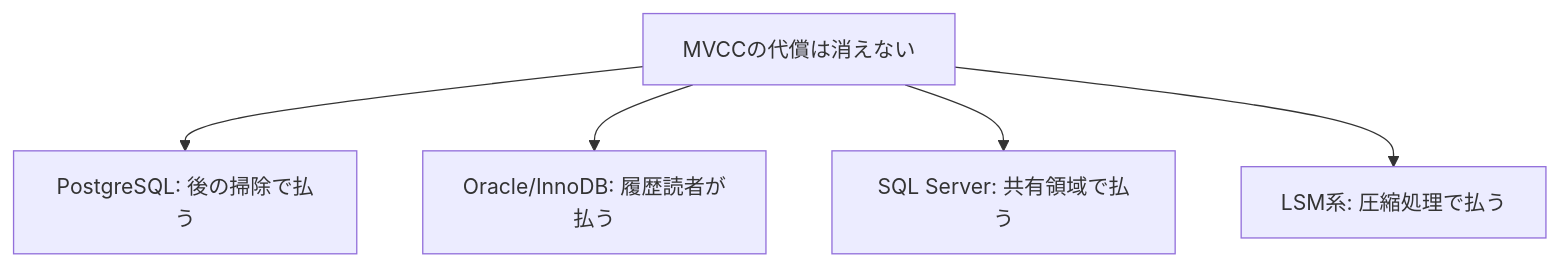
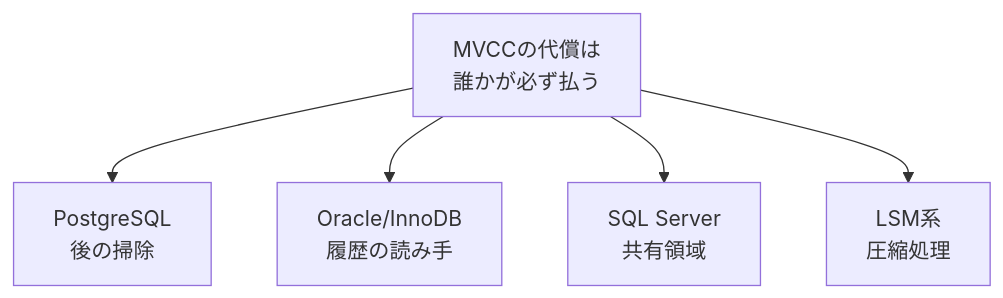
Before and after one commit to newbee1939/knowledge-flow: the third of 5 diagrams in docs/blog/posts/2026-07-30.md, drawn with Mermaid. The commit also changed other lines of this file and 23 other files, not shown here.

First line of the commit message:
style: Mermaid 図を縦向きにして本文幅に収める

````diff
--- a/docs/blog/posts/2026-07-30.md
+++ b/docs/blog/posts/2026-07-30.md
@@ -117,7 +121,7 @@
 ```mermaid
 flowchart TD
-    A[MVCCの代償は消えない] --> B[PostgreSQL: 後の掃除で払う]
-    A --> C[Oracle/InnoDB: 履歴読者が払う]
-    A --> D[SQL Server: 共有領域で払う]
-    A --> E[LSM系: 圧縮処理で払う]
+    A[MVCCの代償は<br/>誰かが必ず払う] --> B[PostgreSQL<br/>後の掃除]
+    A --> C[Oracle/InnoDB<br/>履歴の読み手]
+    A --> D[SQL Server<br/>共有領域]
+    A --> E[LSM系<br/>圧縮処理]
 ```
````
